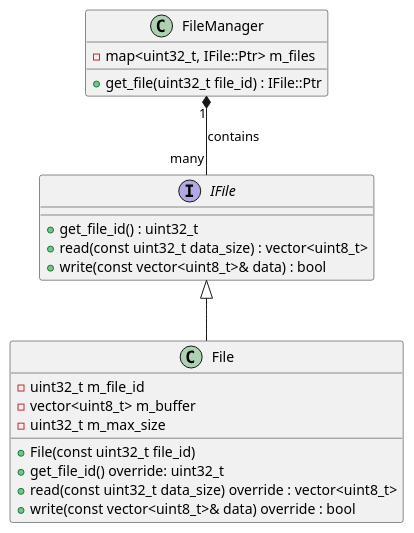
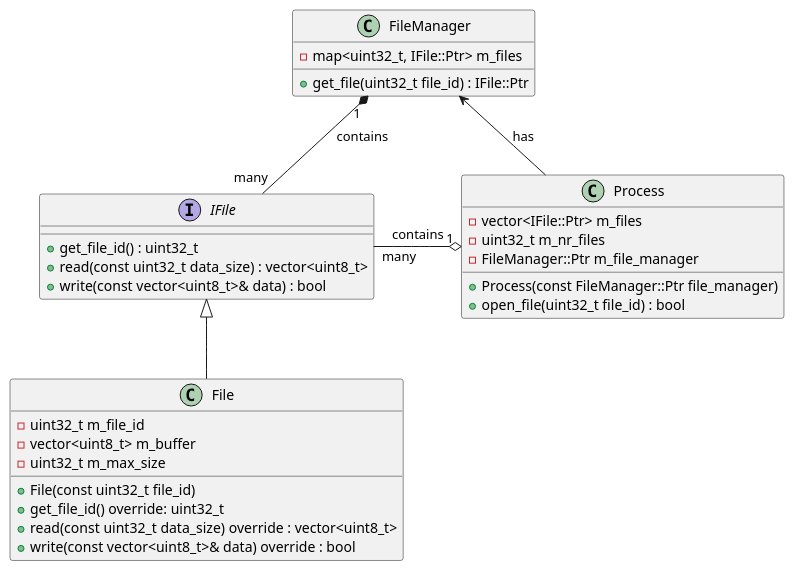
One commit to ahmedelkamel/FileManager changed the diagram in design/class_diagram.plantuml. Above: the diagram before and after it, drawn with PlantUML.

Commit message:
FileManager: introduce class Process

```diff
--- a/design/class_diagram.plantuml
+++ b/design/class_diagram.plantuml
@@ -1,33 +1,46 @@
 @startuml
 
 IFile <|-- File
 FileManager "1" *-- "many" IFile : contains
+FileManager <- Process : has
+Process "1" o-left- "many" IFile : contains
 
 class FileManager{
     -map<uint32_t, IFile::Ptr> m_files
     +get_file(uint32_t file_id) : IFile::Ptr
 }
 
 interface IFile {
     +get_file_id() : uint32_t
     +read(const uint32_t data_size) : vector<uint8_t>
     +write(const vector<uint8_t>& data) : bool
 }
 
 class File {
     -uint32_t m_file_id
     -vector<uint8_t> m_buffer
     -uint32_t m_max_size
     +File(const uint32_t file_id)
     +get_file_id() override: uint32_t
     +read(const uint32_t data_size) override : vector<uint8_t>
     '   data = /* read from m_in_buffer */
     ' Log read data
     ' return data
     +write(const vector<uint8_t>& data) override : bool
     ' Log written data
     '   rv = /* write to m_out_buffer */
     ' return rv;
 }
 
+class Process {
+    -vector<IFile::Ptr> m_files
+    -uint32_t m_nr_files
+    -FileManager::Ptr m_file_manager
+    +Process(const FileManager::Ptr file_manager)
+    +open_file(uint32_t file_id) : bool
+    ' auto file = m_file_manager->get_file(file_id)
+    ' m_files[m_nr_files++] = file
+    ' return true
+}
+
 @enduml
```
